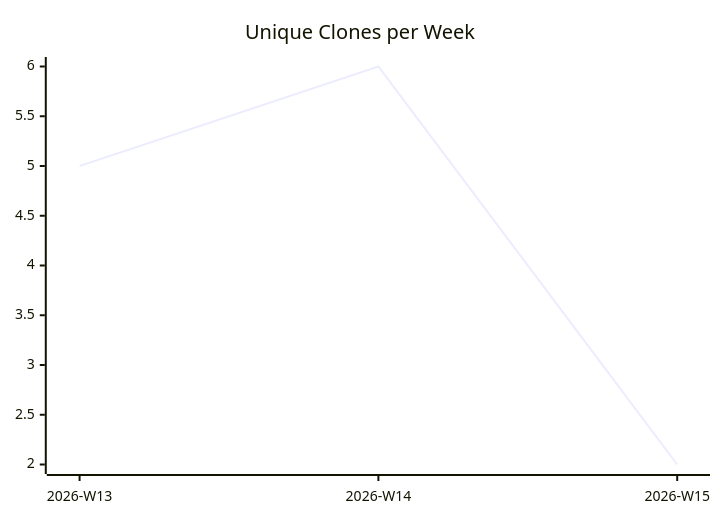
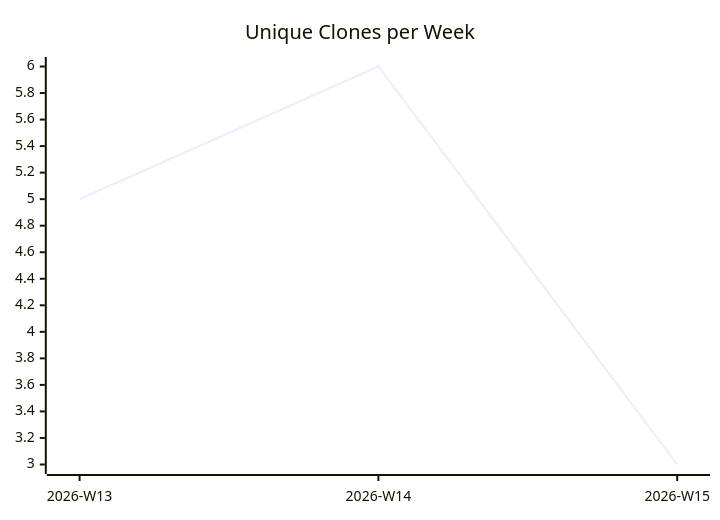
The third of 3 diagrams in karlmdavis/kxml2/README.md (justdavis-family/github-analytics-data), drawn with Mermaid before and after one commit. The commit also changed other lines of this file and 191 other files, not shown here.

````diff
--- a/karlmdavis/kxml2/README.md
+++ b/karlmdavis/kxml2/README.md
@@ -19,6 +19,6 @@
 ```mermaid
 xychart-beta
   title "Unique Clones per Week"
   x-axis ["2026-W13", "2026-W14", "2026-W15"]
-  line [5, 6, 2]
+  line [5, 6, 3]
 ```
````
